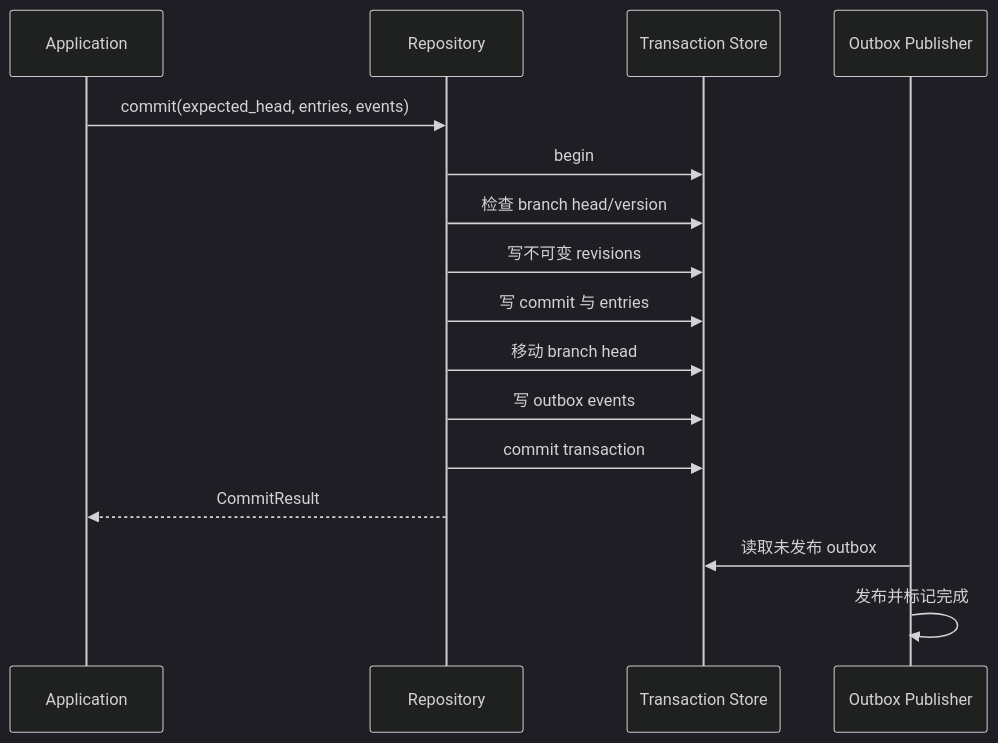
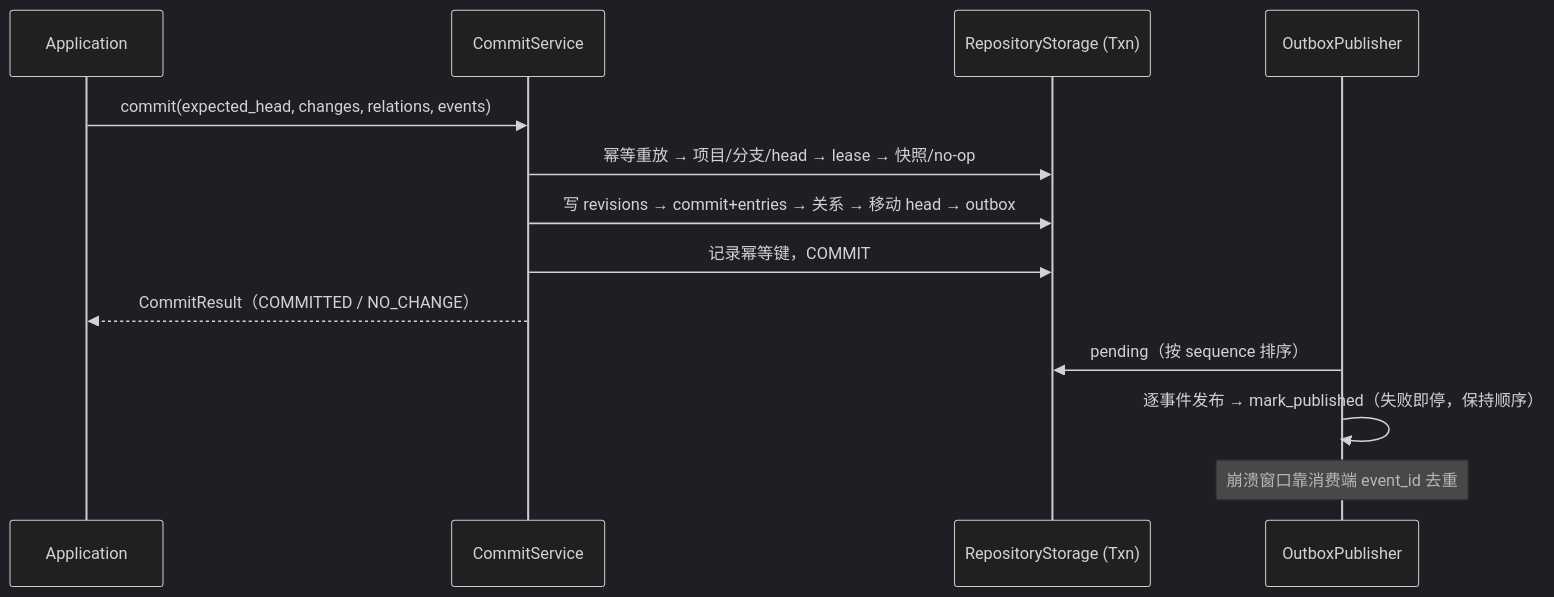
One commit to plankton12138/ClueLedger changed the diagram in dev-notes/v2/modules/repository-kernel.md. Above: the diagram before and after it, drawn with Mermaid (dark theme). The commit also changed other lines of this file and 5 other files, not shown here.

````diff
--- a/dev-notes/v2/modules/repository-kernel.md
+++ b/dev-notes/v2/modules/repository-kernel.md
@@ -63,19 +94,16 @@
 ```mermaid
 sequenceDiagram
     participant A as Application
-    participant R as Repository
-    participant DB as Transaction Store
-    participant O as Outbox Publisher
+    participant R as CommitService
+    participant DB as RepositoryStorage (Txn)
+    participant O as OutboxPublisher
 
-    A->>R: commit(expected_head, entries, events)
-    R->>DB: begin
-    R->>DB: 检查 branch head/version
-    R->>DB: 写不可变 revisions
-    R->>DB: 写 commit 与 entries
-    R->>DB: 移动 branch head
-    R->>DB: 写 outbox events
-    R->>DB: commit transaction
-    R-->>A: CommitResult
-    O->>DB: 读取未发布 outbox
-    O->>O: 发布并标记完成
+    A->>R: commit(expected_head, changes, relations, events)
+    R->>DB: 幂等重放 → 项目/分支/head → lease → 快照/no-op
+    R->>DB: 写 revisions → commit+entries → 关系 → 移动 head → outbox
+    R->>DB: 记录幂等键，COMMIT
+    R-->>A: CommitResult（COMMITTED / NO_CHANGE）
+    O->>DB: pending（按 sequence 排序）
+    O->>O: 逐事件发布 → mark_published（失败即停，保持顺序）
+    Note over O: 崩溃窗口靠消费端 event_id 去重
 ```
````
